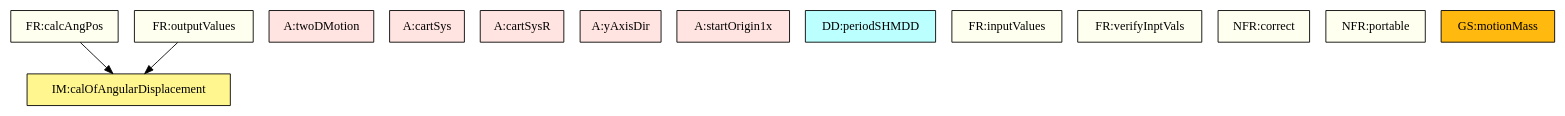
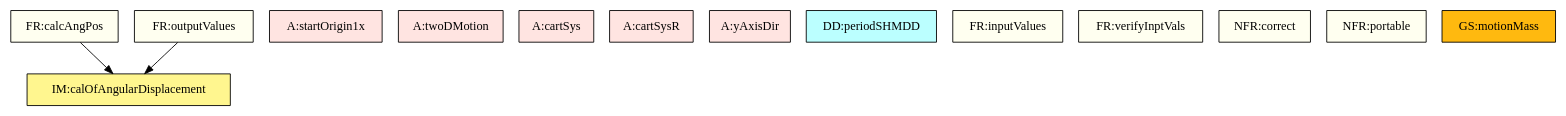
Before and after one commit to JacquesCarette/Drasil: the diagram in code/stable/sglpend/TraceyGraph/allvsr.dot, drawn with Graphviz. The commit also changed 20 other files, not shown here.

Commit message:
#4036 : (dbl|sgl)pend: Fix startOrigin assumptions.

```diff
--- a/code/stable/sglpend/TraceyGraph/allvsr.dot
+++ b/code/stable/sglpend/TraceyGraph/allvsr.dot
@@ -1,78 +1,78 @@
 digraph allvsr {
 	calcAngPos -> theory:angularDisplacementIM;
 	outputValues -> theory:angularDisplacementIM;
 
 
+	startOrigin1x	[shape=box, color=black, style=filled, fillcolor=mistyrose, label="A:startOrigin1x"];
 	twoDMotion	[shape=box, color=black, style=filled, fillcolor=mistyrose, label="A:twoDMotion"];
 	cartSys	[shape=box, color=black, style=filled, fillcolor=mistyrose, label="A:cartSys"];
 	cartSysR	[shape=box, color=black, style=filled, fillcolor=mistyrose, label="A:cartSysR"];
 	yAxisDir	[shape=box, color=black, style=filled, fillcolor=mistyrose, label="A:yAxisDir"];
-	startOrigin1x	[shape=box, color=black, style=filled, fillcolor=mistyrose, label="A:startOrigin1x"];
 
 	subgraph A {
 	rank="same"
-	{twoDMotion, cartSys, cartSysR, yAxisDir, startOrigin1x}
+	{startOrigin1x, twoDMotion, cartSys, cartSysR, yAxisDir}
 	}
 
 	dataDefn:ixPos	[shape=box, color=black, style=filled, fillcolor=paleturquoise1, label="DD:positionIX"];
 	dataDefn:iyPos	[shape=box, color=black, style=filled, fillcolor=paleturquoise1, label="DD:positionIY"];
 	dataDefn:frequency	[shape=box, color=black, style=filled, fillcolor=paleturquoise1, label="DD:frequencyDD"];
 	dataDefn:angularFrequency	[shape=box, color=black, style=filled, fillcolor=paleturquoise1, label="DD:angFrequencyDD"];
 	dataDefn:period	[shape=box, color=black, style=filled, fillcolor=paleturquoise1, label="DD:periodSHMDD"];
 
 	subgraph DD {
 	rank="same"
 	{dataDefn:ixPos, dataDefn:iyPos, dataDefn:frequency, dataDefn:angularFrequency, dataDefn:period}
 	}
 
 	theory:accelerationTM	[shape=box, color=black, style=filled, fillcolor=pink, label="TM:acceleration"];
 	theory:velocityTM	[shape=box, color=black, style=filled, fillcolor=pink, label="TM:velocity"];
 	theory:newtonSL	[shape=box, color=black, style=filled, fillcolor=pink, label="TM:NewtonSecLawMot"];
 	theory:newtonSLR	[shape=box, color=black, style=filled, fillcolor=pink, label="TM:NewtonSecLawRotMot"];
 
 	subgraph TM {
 	rank="same"
 	{theory:accelerationTM, theory:velocityTM, theory:newtonSL, theory:newtonSLR}
 	}
 
 	theory:xVel	[shape=box, color=black, style=filled, fillcolor=palegreen, label="GD:velocityIX"];
 	theory:yVel	[shape=box, color=black, style=filled, fillcolor=palegreen, label="GD:velocityIY"];
 	theory:xScalAcc	[shape=box, color=black, style=filled, fillcolor=palegreen, label="GD:accelerationIX"];
 	theory:yScalAcc	[shape=box, color=black, style=filled, fillcolor=palegreen, label="GD:accelerationIY"];
 	theory:hForceOnPendulum	[shape=box, color=black, style=filled, fillcolor=palegreen, label="GD:hForceOnPendulum"];
 	theory:vForceOnPendulum	[shape=box, color=black, style=filled, fillcolor=palegreen, label="GD:vForceOnPendulum"];
 	theory:angFrequencyGD	[shape=box, color=black, style=filled, fillcolor=palegreen, label="GD:angFrequencyGD"];
 	theory:periodPendGD	[shape=box, color=black, style=filled, fillcolor=palegreen, label="GD:periodPend"];
 
 	subgraph GD {
 	rank="same"
 	{theory:xVel, theory:yVel, theory:xScalAcc, theory:yScalAcc, theory:hForceOnPendulum, theory:vForceOnPendulum, theory:angFrequencyGD, theory:periodPendGD}
 	}
 
 	theory:angularDisplacementIM	[shape=box, color=black, style=filled, fillcolor=khaki1, label="IM:calOfAngularDisplacement"];
 
 	subgraph IM {
 	rank="same"
 	{theory:angularDisplacementIM}
 	}
 
 	inputValues	[shape=box, color=black, style=filled, fillcolor=ivory, label="FR:inputValues"];
 	verifyInptVals	[shape=box, color=black, style=filled, fillcolor=ivory, label="FR:verifyInptVals"];
 	calcAngPos	[shape=box, color=black, style=filled, fillcolor=ivory, label="FR:calcAngPos"];
 	outputValues	[shape=box, color=black, style=filled, fillcolor=ivory, label="FR:outputValues"];
 	correct	[shape=box, color=black, style=filled, fillcolor=ivory, label="NFR:correct"];
 	portable	[shape=box, color=black, style=filled, fillcolor=ivory, label="NFR:portable"];
 
 	subgraph FR {
 	rank="same"
 	{inputValues, verifyInptVals, calcAngPos, outputValues, correct, portable}
 	}
 
 	motionMass	[shape=box, color=black, style=filled, fillcolor=darkgoldenrod1, label="GS:motionMass"];
 
 	subgraph GS {
 	rank="same"
 	{motionMass}
 	}
 
 }
```
